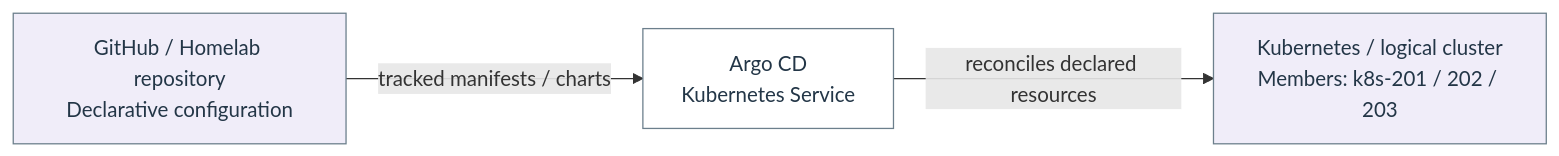
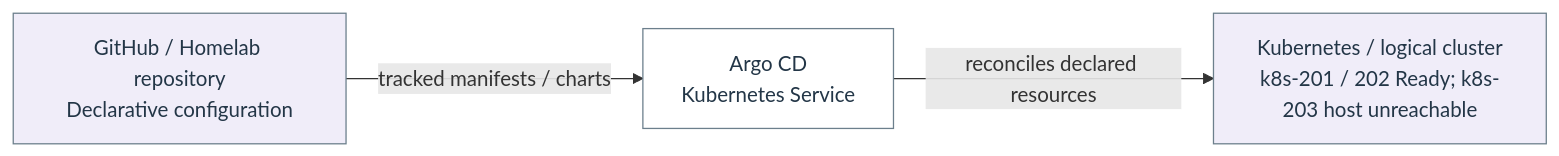
Diagram 15 of 22 in docs/architecture/homelab-mermaid.md (Harsh-2002/Homelab), drawn with Mermaid before and after one commit. The commit also changed other lines of this file and 27 other files, not shown here.

````diff
--- a/docs/architecture/homelab-mermaid.md
+++ b/docs/architecture/homelab-mermaid.md
@@ -505,12 +505,12 @@
 ```mermaid
 flowchart LR
   n_flow_17_0["GitHub / Homelab repository<br/>Declarative configuration"]
   n_flow_17_1["Argo CD<br/>Kubernetes Service"]
-  n_flow_17_2["Kubernetes / logical cluster<br/>Members: k8s-201 / 202 / 203"]
+  n_flow_17_2["Kubernetes / logical cluster<br/>k8s-201 / 202 Ready; k8s-203 host unreachable"]
   n_flow_17_0 -->|"tracked manifests / charts"| n_flow_17_1
   n_flow_17_1 -->|"reconciles declared resources"| n_flow_17_2
   classDef c_flow_17_0 fill:#f0edf9,stroke:#6c7f8c,color:#233647;
   class n_flow_17_0,n_flow_17_2 c_flow_17_0;
   classDef c_flow_17_1 fill:#ffffff,stroke:#6c7f8c,color:#233647;
   class n_flow_17_1 c_flow_17_1;
 ```
````
